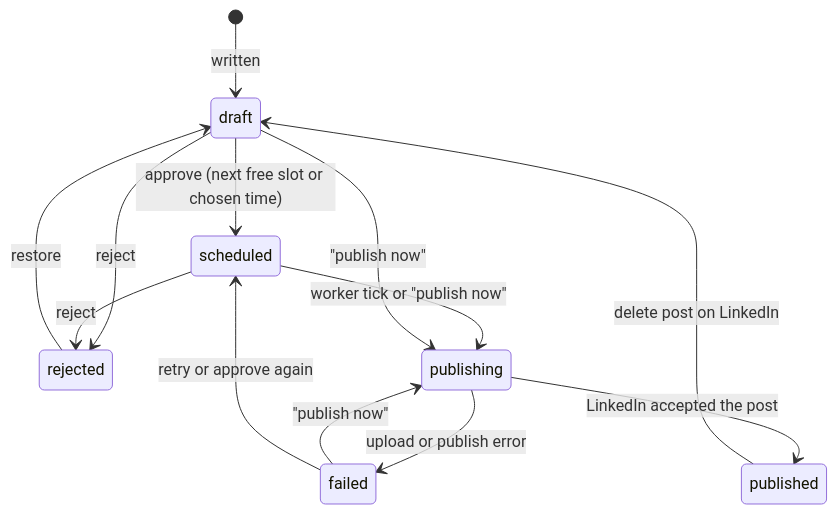
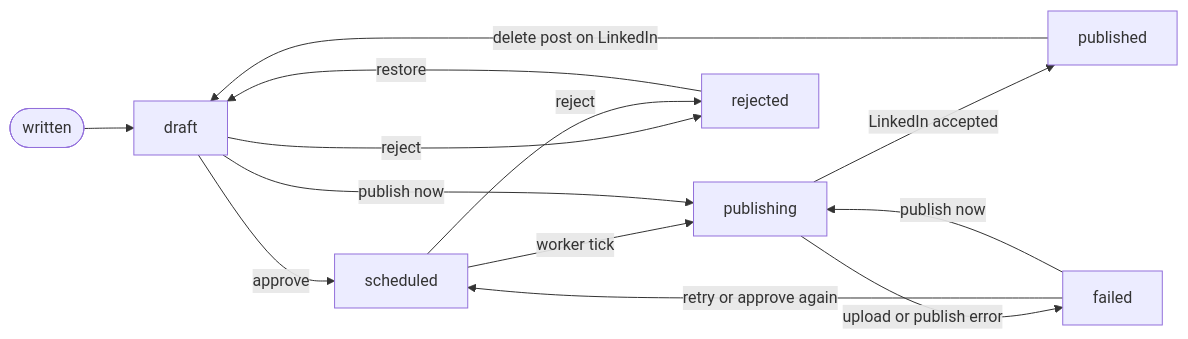
Before and after one commit to kanugurajesh/linkedin-automation: the third of 5 diagrams in README.md, drawn with Mermaid.

Commit message:
Fix draft lifecycle diagram so GitHub can render it

````diff
--- a/README.md
+++ b/README.md
@@ -122,15 +122,15 @@
 ```mermaid
-stateDiagram-v2
-    [*] --> draft: written
-    draft --> scheduled: approve (next free slot or chosen time)
-    draft --> rejected: reject
-    rejected --> draft: restore
-    scheduled --> rejected: reject
-    scheduled --> publishing: worker tick or "publish now"
-    draft --> publishing: "publish now"
-    failed --> publishing: "publish now"
-    publishing --> published: LinkedIn accepted the post
-    publishing --> failed: upload or publish error
-    failed --> scheduled: retry or approve again
-    published --> draft: delete post on LinkedIn
+flowchart LR
+    start(["written"]) --> draft
+    draft["draft"] -->|"approve"| scheduled["scheduled"]
+    scheduled -->|"worker tick"| publishing["publishing"]
+    draft -->|"publish now"| publishing
+    publishing -->|"LinkedIn accepted"| published["published"]
+    publishing -->|"upload or publish error"| failed["failed"]
+    failed -->|"retry or approve again"| scheduled
+    failed -->|"publish now"| publishing
+    draft -->|"reject"| rejected["rejected"]
+    scheduled -->|"reject"| rejected
+    rejected -->|"restore"| draft
+    published -->|"delete post on LinkedIn"| draft
 ```
````
